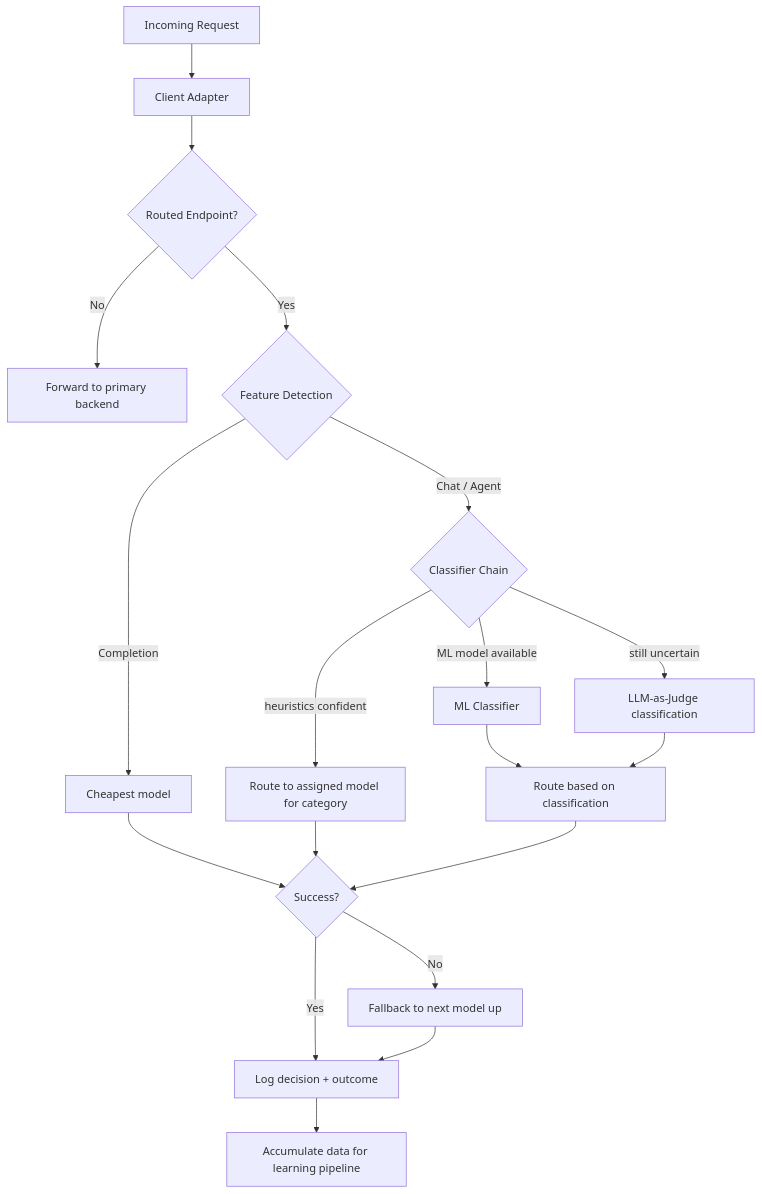
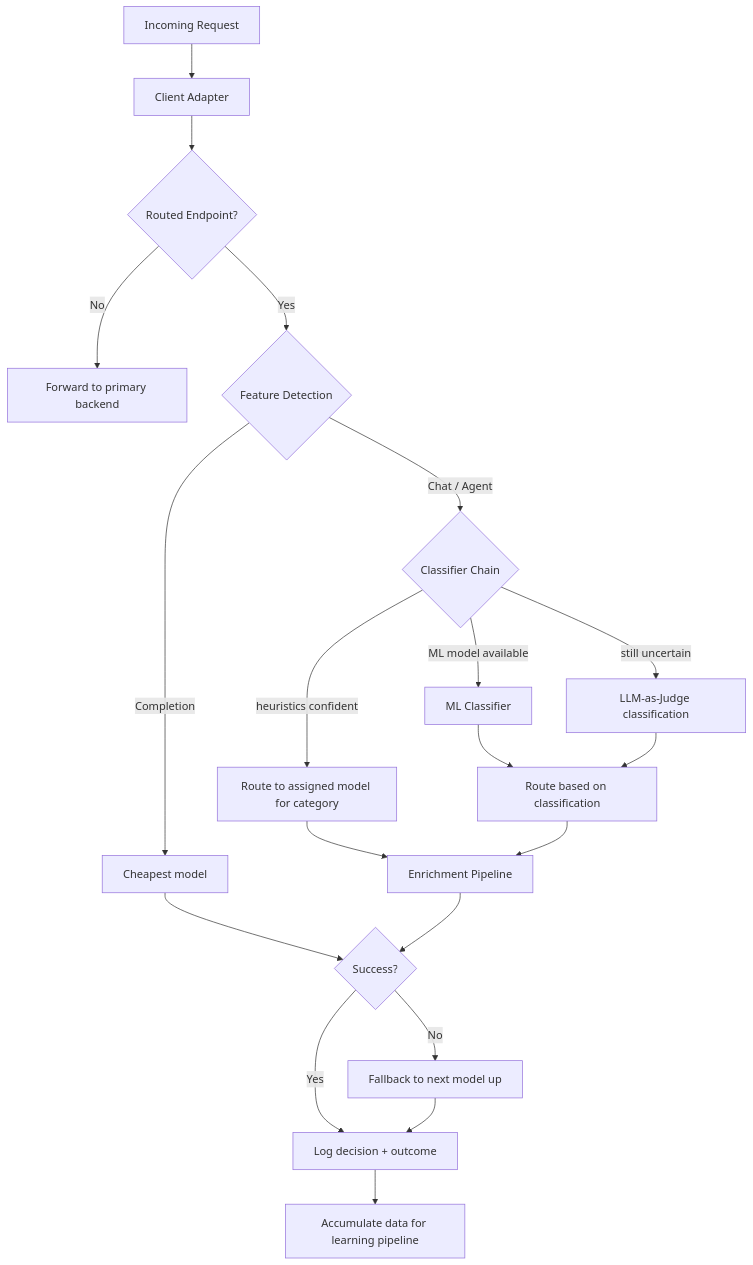
One commit to thsfranca/rex changed the second of 3 diagrams in ARCHITECTURE.md. Above: the diagram before and after it, drawn with Mermaid. The commit also changed other lines of this file and 12 other files, not shown here.

````diff
--- a/ARCHITECTURE.md
+++ b/ARCHITECTURE.md
@@ -106,21 +109,22 @@
 ```mermaid
 flowchart TD
     Request[Incoming Request] --> ClientAdapter[Client Adapter]
     ClientAdapter --> EndpointCheck{Routed Endpoint?}
     EndpointCheck -->|No| Passthrough[Forward to primary backend]
     EndpointCheck -->|Yes| FeatureDetect{Feature Detection}
     FeatureDetect -->|Completion| FastPath[Cheapest model]
     FeatureDetect -->|Chat / Agent| ClassifierChain{Classifier Chain}
     ClassifierChain -->|heuristics confident| RouteDirectly[Route to assigned model for category]
     ClassifierChain -->|ML model available| MLClassify[ML Classifier]
     ClassifierChain -->|still uncertain| LLMJudge[LLM-as-Judge classification]
     MLClassify --> RouteClassified[Route based on classification]
     LLMJudge --> RouteClassified
     FastPath --> Fallback{Success?}
-    RouteDirectly --> Fallback
-    RouteClassified --> Fallback
+    RouteDirectly --> Enrichment[Enrichment Pipeline]
+    RouteClassified --> Enrichment
+    Enrichment --> Fallback{Success?}
     Fallback -->|Yes| Log[Log decision + outcome]
     Fallback -->|No| Escalate[Fallback to next model up]
     Escalate --> Log
     Log --> FeedbackData[Accumulate data for learning pipeline]
 ```
````
